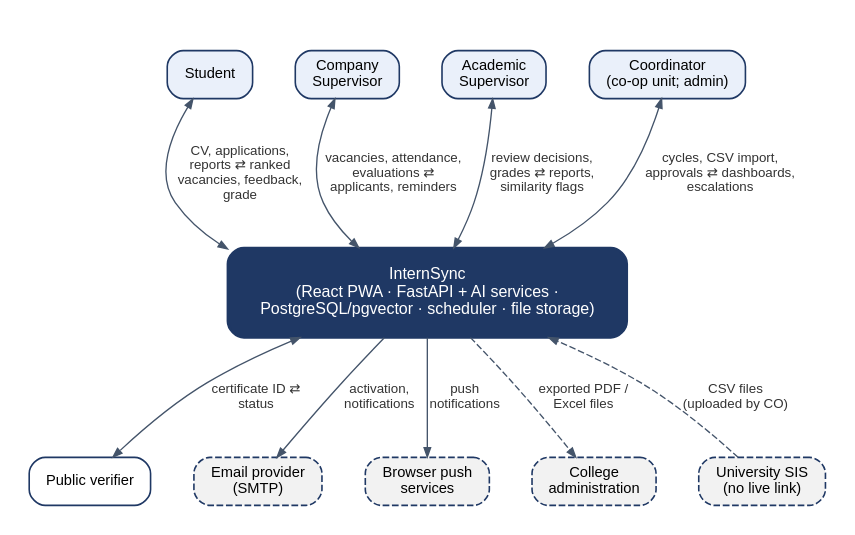
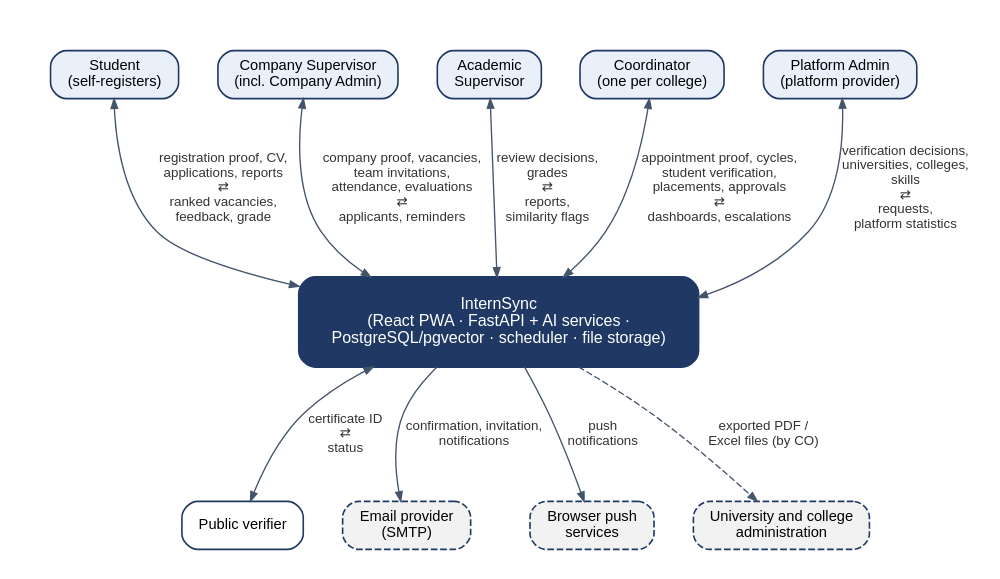
One commit to Salam-ALsaour/InternSync changed the diagram in docs/InternSync_Diagrams/source/02_context.dot. Above: the diagram before and after it, drawn with Graphviz. The commit also changed 83 other files, not shown here.

First line of the commit message:
CR-05: multi-university platform with verification (SRS 1.2, design 1.2)

```diff
--- a/docs/InternSync_Diagrams/source/02_context.dot
+++ b/docs/InternSync_Diagrams/source/02_context.dot
@@ -1,32 +1,32 @@
 digraph G {
-  graph [rankdir=TB, splines=spline, nodesep=0.45, ranksep=0.95, fontname="Liberation Sans", bgcolor="white", pad=0.2];
+  graph [rankdir=TB, splines=spline, nodesep=0.40, ranksep=0.95, fontname="Liberation Sans", bgcolor="white", pad=0.2];
   node  [fontname="Liberation Sans", fontsize=11, shape=box, style="rounded,filled", fillcolor="#EAF0FA", color="#1F3864", penwidth=1.2, margin="0.18,0.08"];
   edge  [fontname="Liberation Sans", fontsize=10, color="#44546A", fontcolor="#333333", arrowsize=0.7];
 
   subgraph cluster_users { style=invis;
-    ST [label="Student"];
-    CS [label="Company\nSupervisor"];
+    ST [label="Student\n(self-registers)"];
+    CS [label="Company Supervisor\n(incl. Company Admin)"];
     AS [label="Academic\nSupervisor"];
-    CO [label="Coordinator\n(co-op unit; admin)"];
+    CO [label="Coordinator\n(one per college)"];
+    PA [label="Platform Admin\n(platform provider)"];
   }
 
   SYS [label="InternSync\n(React PWA · FastAPI + AI services ·\nPostgreSQL/pgvector · scheduler · file storage)", shape=box, style="rounded,filled,bold", fillcolor="#1F3864", fontcolor="white", fontsize=12, penwidth=2, margin="0.35,0.2"];
 
-  { rank=same; PUB; MAIL; PUSH; SIS; ADM; }
+  { rank=same; PUB; MAIL; PUSH; ADM; }
   PUB  [label="Public verifier", fillcolor="#FFFFFF"];
   MAIL [label="Email provider\n(SMTP)", fillcolor="#F2F2F2", style="rounded,filled,dashed"];
   PUSH [label="Browser push\nservices", fillcolor="#F2F2F2", style="rounded,filled,dashed"];
-  SIS  [label="University SIS\n(no live link)", fillcolor="#F2F2F2", style="rounded,filled,dashed"];
-  ADM  [label="College\nadministration", fillcolor="#F2F2F2", style="rounded,filled,dashed"];
+  ADM  [label="University and college\nadministration", fillcolor="#F2F2F2", style="rounded,filled,dashed"];
 
-  ST -> SYS [dir=both, label=" CV, applications,\n reports ⇄ ranked\n vacancies, feedback,\n grade"];
-  CS -> SYS [dir=both, label=" vacancies, attendance,\n evaluations ⇄\n applicants, reminders"];
-  AS -> SYS [dir=both, label=" review decisions,\n grades ⇄ reports,\n similarity flags"];
-  CO -> SYS [dir=both, label=" cycles, CSV import,\n approvals ⇄ dashboards,\n escalations"];
+  ST -> SYS [dir=both, label=" registration proof, CV,\n applications, reports\n ⇄ \n ranked vacancies,\n feedback, grade"];
+  CS -> SYS [dir=both, label=" company proof, vacancies,\n team invitations,\n attendance, evaluations\n ⇄ \n applicants, reminders"];
+  AS -> SYS [dir=both, label=" review decisions,\n grades\n ⇄ \n reports,\n similarity flags"];
+  CO -> SYS [dir=both, label=" appointment proof, cycles,\n student verification,\n placements, approvals\n ⇄ \n dashboards, escalations"];
+  PA -> SYS [dir=both, label=" verification decisions,\n universities, colleges,\n skills\n ⇄ \n requests,\n platform statistics"];
 
-  SYS -> PUB  [dir=both, label=" certificate ID ⇄\n status"];
-  SYS -> MAIL [label=" activation,\n notifications"];
+  SYS -> PUB  [dir=both, label=" certificate ID\n ⇄ \n status"];
+  SYS -> MAIL [label=" confirmation, invitation,\n notifications"];
   SYS -> PUSH [label=" push\n notifications"];
-  SIS -> SYS  [style=dashed, label=" CSV files\n (uploaded by CO)"];
-  SYS -> ADM  [style=dashed, label=" exported PDF /\n Excel files"];
+  SYS -> ADM  [style=dashed, label=" exported PDF /\n Excel files (by CO)"];
 }
```
